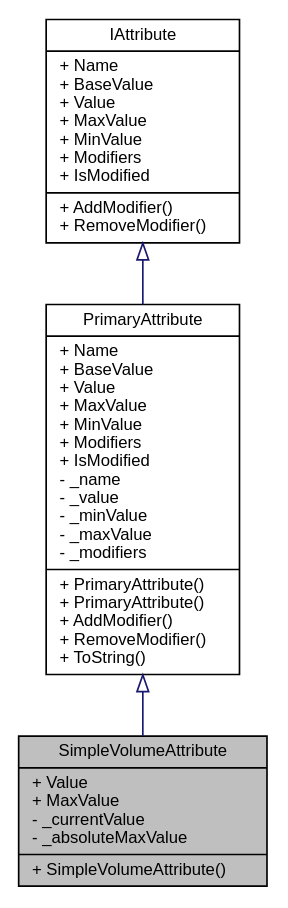
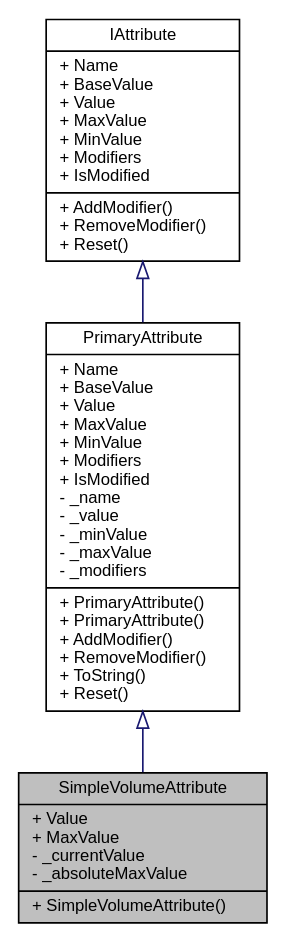
The diagram in d8/da3/class_action_rpg_kit_1_1_character_1_1_attribute_1_1_simple_volume_attribute__inherit__graph.dot (PaulSchweizer/ActionRpgKit), drawn with Graphviz before and after one commit. The commit also changed 376 other files, not shown here.

```diff
--- a/d8/da3/class_action_rpg_kit_1_1_character_1_1_attribute_1_1_simple_volume_attribute__inherit__graph.dot
+++ b/d8/da3/class_action_rpg_kit_1_1_character_1_1_attribute_1_1_simple_volume_attribute__inherit__graph.dot
@@ -1,11 +1,11 @@
 digraph "SimpleVolumeAttribute"
 {
  // INTERACTIVE_SVG=YES
   edge [fontname="Helvetica",fontsize="10",labelfontname="Helvetica",labelfontsize="10"];
   node [fontname="Helvetica",fontsize="10",shape=record];
   Node1 [label="{SimpleVolumeAttribute\n|+ Value\l+ MaxValue\l- _currentValue\l- _absoluteMaxValue\l|+ SimpleVolumeAttribute()\l}",height=0.2,width=0.4,color="black", fillcolor="grey75", style="filled" fontcolor="black"];
   Node2 -> Node1 [dir="back",color="midnightblue",fontsize="10",style="solid",arrowtail="onormal",fontname="Helvetica"];
-  Node2 [label="{PrimaryAttribute\n|+ Name\l+ BaseValue\l+ Value\l+ MaxValue\l+ MinValue\l+ Modifiers\l+ IsModified\l- _name\l- _value\l- _minValue\l- _maxValue\l- _modifiers\l|+ PrimaryAttribute()\l+ PrimaryAttribute()\l+ AddModifier()\l+ RemoveModifier()\l+ ToString()\l}",height=0.2,width=0.4,color="black", fillcolor="white", style="filled",URL="$d5/ddc/class_action_rpg_kit_1_1_character_1_1_attribute_1_1_primary_attribute.xhtml",tooltip="Represents a simple float value. "];
+  Node2 [label="{PrimaryAttribute\n|+ Name\l+ BaseValue\l+ Value\l+ MaxValue\l+ MinValue\l+ Modifiers\l+ IsModified\l- _name\l- _value\l- _minValue\l- _maxValue\l- _modifiers\l|+ PrimaryAttribute()\l+ PrimaryAttribute()\l+ AddModifier()\l+ RemoveModifier()\l+ ToString()\l+ Reset()\l}",height=0.2,width=0.4,color="black", fillcolor="white", style="filled",URL="$d5/ddc/class_action_rpg_kit_1_1_character_1_1_attribute_1_1_primary_attribute.xhtml",tooltip="Represents a simple float value. "];
   Node3 -> Node2 [dir="back",color="midnightblue",fontsize="10",style="solid",arrowtail="onormal",fontname="Helvetica"];
-  Node3 [label="{IAttribute\n|+ Name\l+ BaseValue\l+ Value\l+ MaxValue\l+ MinValue\l+ Modifiers\l+ IsModified\l|+ AddModifier()\l+ RemoveModifier()\l}",height=0.2,width=0.4,color="black", fillcolor="white", style="filled",URL="$d5/d7e/interface_action_rpg_kit_1_1_character_1_1_attribute_1_1_i_attribute.xhtml",tooltip="Interface for Attributes. "];
+  Node3 [label="{IAttribute\n|+ Name\l+ BaseValue\l+ Value\l+ MaxValue\l+ MinValue\l+ Modifiers\l+ IsModified\l|+ AddModifier()\l+ RemoveModifier()\l+ Reset()\l}",height=0.2,width=0.4,color="black", fillcolor="white", style="filled",URL="$d5/d7e/interface_action_rpg_kit_1_1_character_1_1_attribute_1_1_i_attribute.xhtml",tooltip="Interface for Attributes. "];
 }
```
